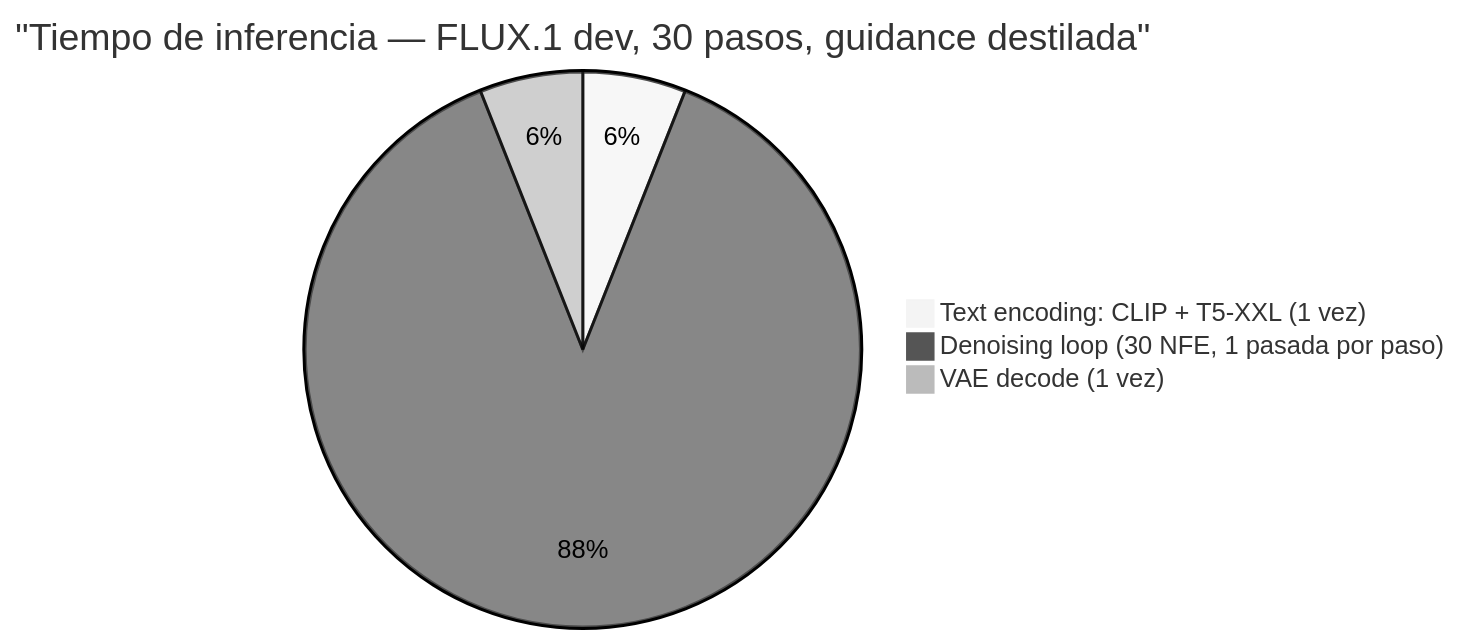
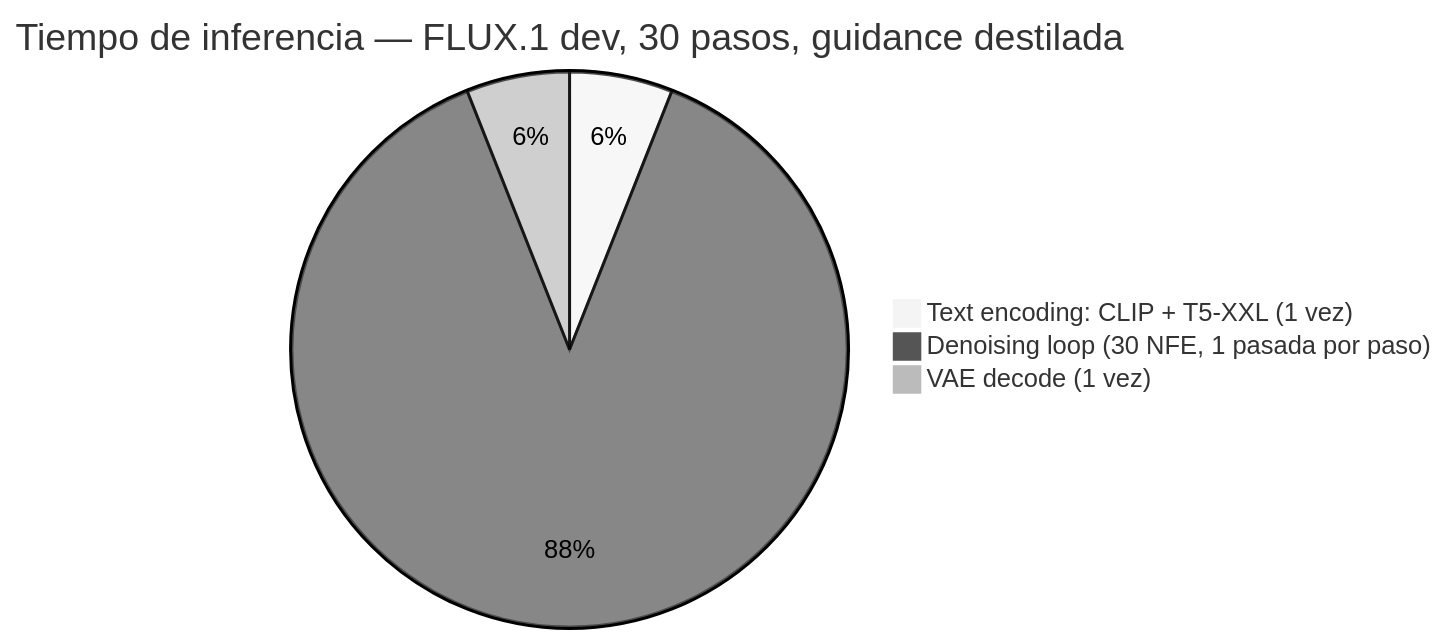
Before and after one commit to DavidDevGt/DifusionReal: diagram 11 of 11 in 15-pipelines/README.md, drawn with Mermaid (neutral theme). The commit also changed other lines of this file and 1 other file, not shown here.

Commit message:
fix: enlace muerto en 10 y sintaxis de los pie charts de 15
- 10-distillation: enlace a ../14-quantization/ (modulo inexistente)
  convertido a texto "pendiente", coherente con el resto de
  referencias a modulos no escritos.
- 15-pipelines: los titulos de los dos graficos pie llevaban
  comillas. La gramatica de mermaid toma el titulo sin comillar
  hasta fin de linea, asi que se renderizaban literalmente.

Verificacion posterior: 210 enlaces con ancla resueltos, 0 enlaces
a ficheros inexistentes, 17/17 ficheros con code fences
balanceados, 79 diagramas mermaid sin nodos sin comillar.

````diff
--- a/15-pipelines/README.md
+++ b/15-pipelines/README.md
@@ -453,6 +453,6 @@
 ```mermaid
-pie title "Tiempo de inferencia — FLUX.1 dev, 30 pasos, guidance destilada"
+pie title Tiempo de inferencia — FLUX.1 dev, 30 pasos, guidance destilada
     "Text encoding: CLIP + T5-XXL (1 vez)" : 6
     "Denoising loop (30 NFE, 1 pasada por paso)" : 88
     "VAE decode (1 vez)" : 6
 ```
````
